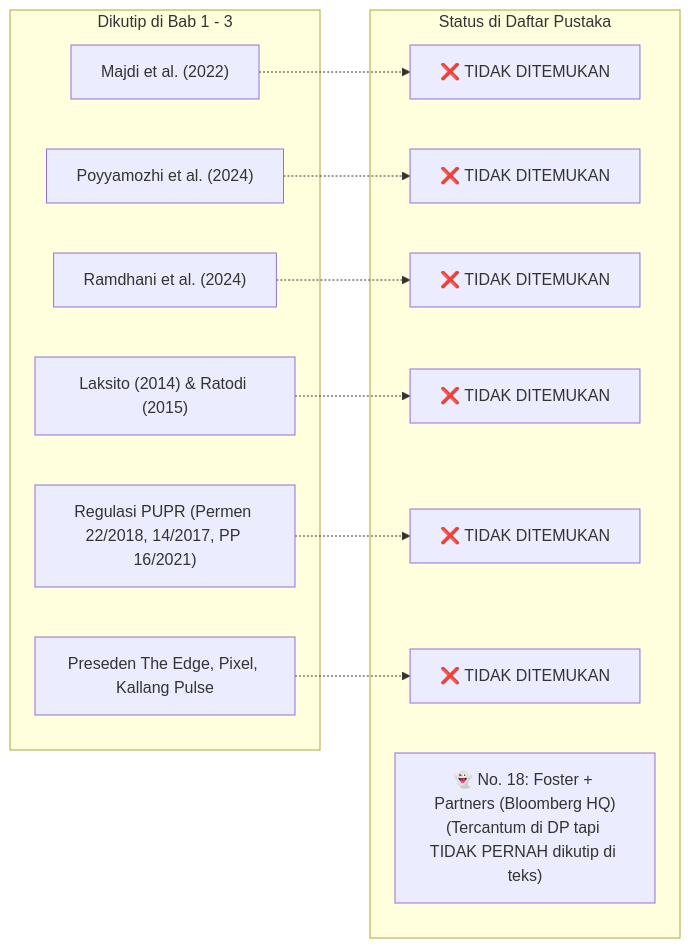
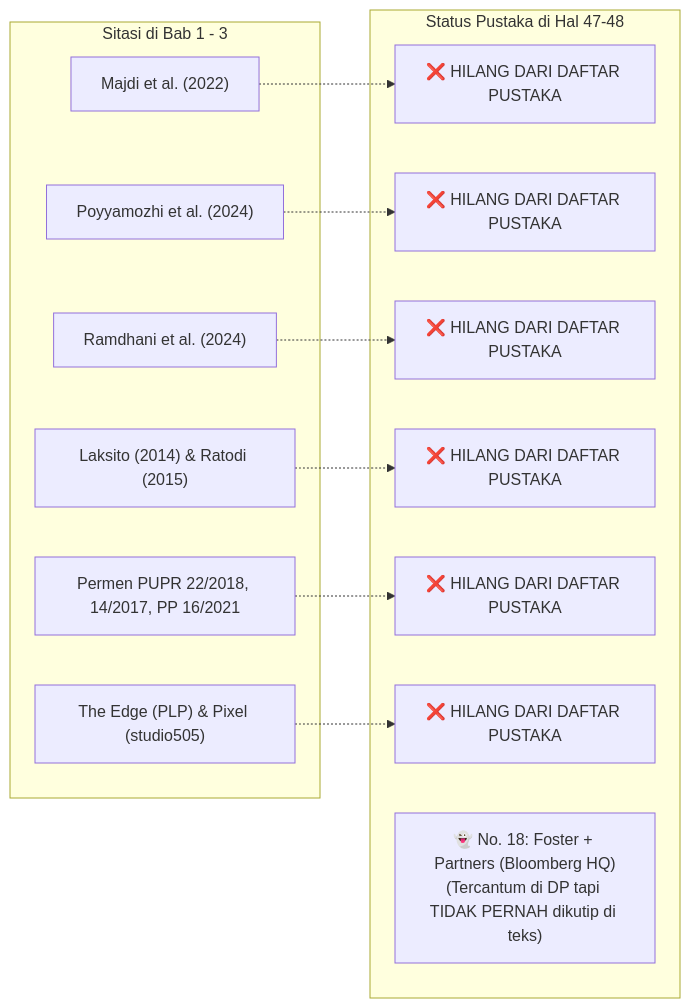
Before and after one commit to antonprafanto/thesis-consultation: the first of 2 diagrams in audit_mahasiswa/laporan_audit_seminar_arsitektur_arya_rizqi_putra_mahardika.md, drawn with Mermaid. The commit also changed other lines of this file, not shown here.

````diff
--- a/audit_mahasiswa/laporan_audit_seminar_arsitektur_arya_rizqi_putra_mahardika.md
+++ b/audit_mahasiswa/laporan_audit_seminar_arsitektur_arya_rizqi_putra_mahardika.md
@@ -90,28 +92,28 @@
 ```mermaid
 flowchart LR
-    subgraph KUTIPAN_TEKS["Dikutip di Bab 1 - 3"]
+    subgraph BADAN_TEKS["Sitasi di Bab 1 - 3"]
         A1["Majdi et al. (2022)"]
         A2["Poyyamozhi et al. (2024)"]
         A3["Ramdhani et al. (2024)"]
         A4["Laksito (2014) & Ratodi (2015)"]
-        A5["Regulasi PUPR (Permen 22/2018, 14/2017, PP 16/2021)"]
-        A6["Preseden The Edge, Pixel, Kallang Pulse"]
+        A5["Permen PUPR 22/2018, 14/2017, PP 16/2021"]
+        A6["The Edge (PLP) & Pixel (studio505)"]
     end
 
-    subgraph DAFTAR_PUSTAKA["Status di Daftar Pustaka"]
-        B1["❌ TIDAK DITEMUKAN"]
-        B2["❌ TIDAK DITEMUKAN"]
-        B3["❌ TIDAK DITEMUKAN"]
-        B4["❌ TIDAK DITEMUKAN"]
-        B5["❌ TIDAK DITEMUKAN"]
-        B6["❌ TIDAK DITEMUKAN"]
+    subgraph DAFTAR_PUSTAKA["Status Pustaka di Hal 47-48"]
+        B1["❌ HILANG DARI DAFTAR PUSTAKA"]
+        B2["❌ HILANG DARI DAFTAR PUSTAKA"]
+        B3["❌ HILANG DARI DAFTAR PUSTAKA"]
+        B4["❌ HILANG DARI DAFTAR PUSTAKA"]
+        B5["❌ HILANG DARI DAFTAR PUSTAKA"]
+        B6["❌ HILANG DARI DAFTAR PUSTAKA"]
         GHOST["👻 No. 18: Foster + Partners (Bloomberg HQ)<br/>(Tercantum di DP tapi TIDAK PERNAH dikutip di teks)"]
     end
 
     A1 -.-> B1
     A2 -.-> B2
     A3 -.-> B3
     A4 -.-> B4
     A5 -.-> B5
     A6 -.-> B6
 ```
````
